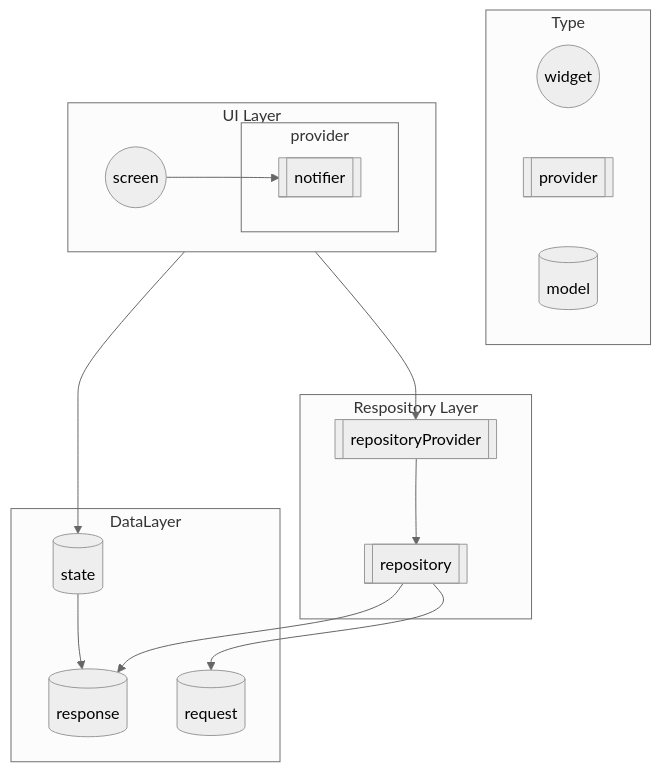
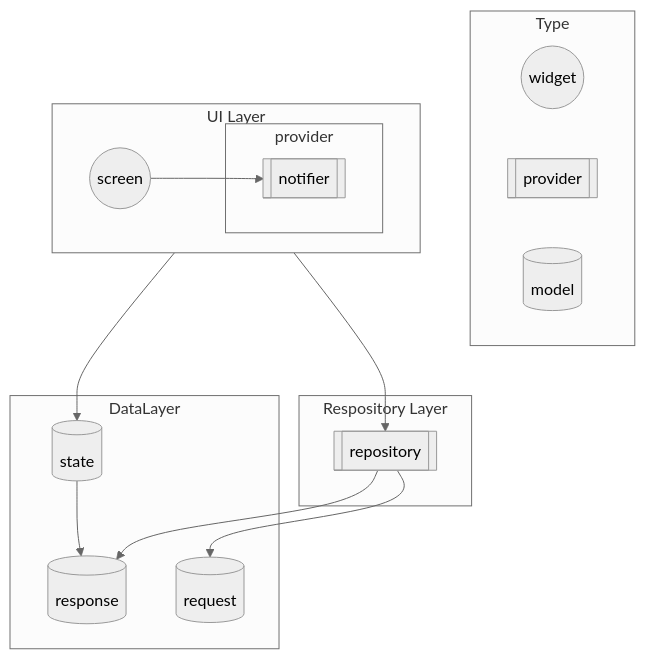
One commit to oyuno-hito/flutter-training changed the diagram in docs/ARCHTECTURE.md. Above: the diagram before and after it, drawn with Mermaid (neutral theme).

Commit message:
ARCHTECTURE.mdのrepository層を修正

````diff
--- a/docs/ARCHTECTURE.md
+++ b/docs/ARCHTECTURE.md
@@ -1,38 +1,36 @@
 ```mermaid
 flowchart TB
 
 subgraph Type
 direction LR
 widgetType((widget))
 providerType[[provider]]
 modelType[(model)]
 end
 
 subgraph UI Layer
     direction LR
     screen((screen))
     subgraph provider
         notifier[[notifier]]
     end
     screen-->notifier
 end
 
 subgraph Respository Layer
-    repositoryProvider[[repositoryProvider]]
     repository[[repository]]
 end
 
 subgraph DataLayer
 state[(state)]
 request[(request)]
 response[(response)]
 end
 
 notifier-->state
 state-->response
 repository-->response
 repository-->request
 
-repositoryProvider-->repository
-notifier-->repositoryProvider
+notifier-->repository
 ```
````
